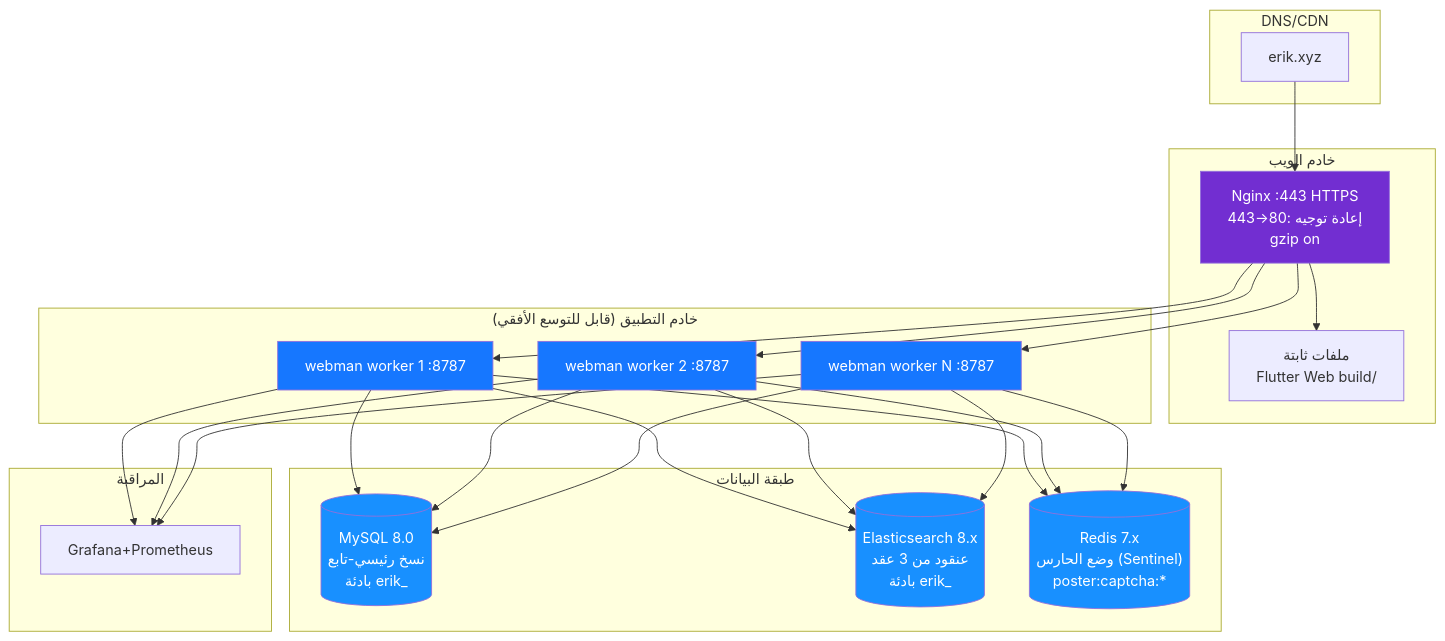
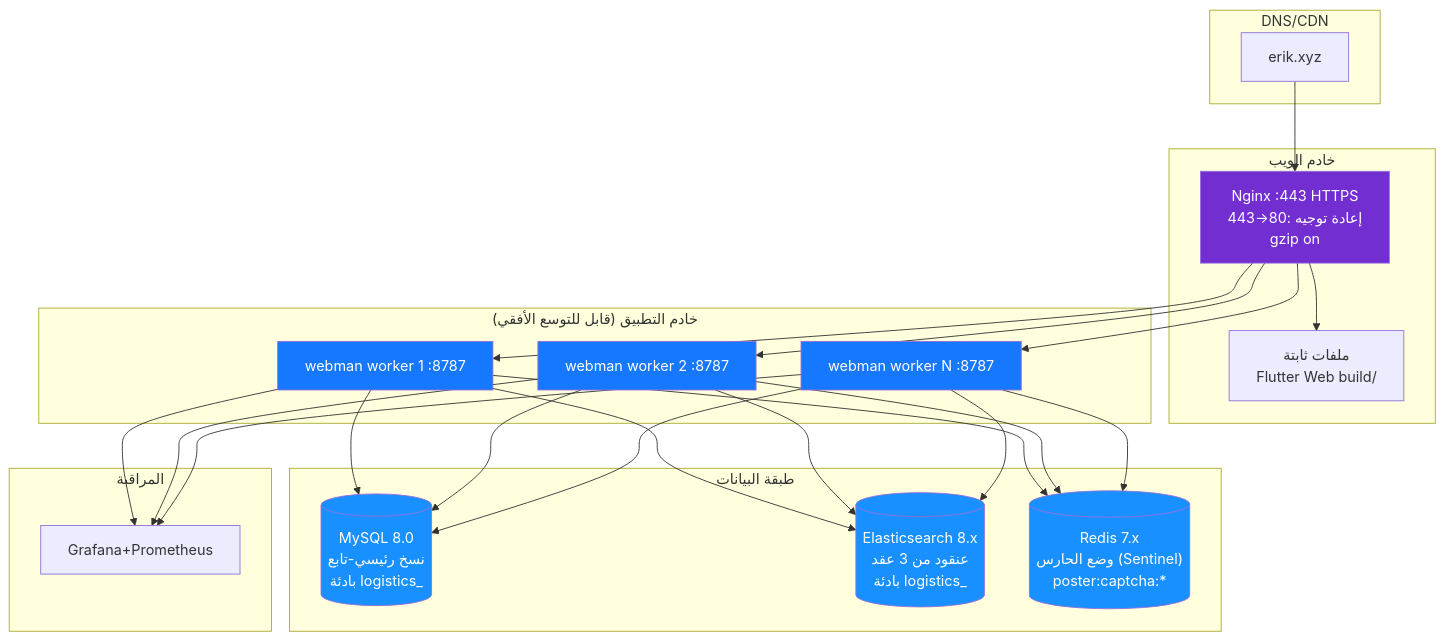
The diagram in admin/docs/diagrams/12-deployment.ar.md (erikwang2013/integrated-global-logistics), drawn with Mermaid before and after one commit. The commit also changed 211 other files, not shown here.

````diff
--- a/admin/docs/diagrams/12-deployment.ar.md
+++ b/admin/docs/diagrams/12-deployment.ar.md
@@ -7,45 +7,45 @@
 ```mermaid
 flowchart TB
     subgraph dns["DNS/CDN"]
         domain["erik.xyz"]
     end
 
     subgraph web["خادم الويب"]
         nginx["Nginx :443 HTTPS<br/>إعادة توجيه :80→443<br/>gzip on"]
         static["ملفات ثابتة<br/>Flutter Web build/"]
     end
 
     subgraph app["خادم التطبيق (قابل للتوسع الأفقي)"]
         wm1["webman worker 1 :8787"]
         wm2["webman worker 2 :8787"]
         wm3["webman worker N :8787"]
     end
 
     subgraph data["طبقة البيانات"]
-        mysql[("MySQL 8.0<br/>نسخ رئيسي-تابع<br/>بادئة erik_")]
-        es[("Elasticsearch 8.x<br/>عنقود من 3 عقد<br/>بادئة erik_")]
+        mysql[("MySQL 8.0<br/>نسخ رئيسي-تابع<br/>بادئة logistics_")]
+        es[("Elasticsearch 8.x<br/>عنقود من 3 عقد<br/>بادئة logistics_")]
         redis[("Redis 7.x<br/>وضع الحارس (Sentinel)<br/>poster:captcha:*")]
     end
 
     subgraph monitor["المراقبة"]
         grafana["Grafana+Prometheus"]
     end
 
     domain --> nginx
     nginx --> static
     nginx --> wm1
     nginx --> wm2
     nginx --> wm3
     wm1 & wm2 & wm3 --> mysql
     wm1 & wm2 & wm3 --> es
     wm1 & wm2 & wm3 --> redis
     wm1 & wm2 & wm3 --> grafana
 
     style nginx fill:#722ED1,color:#fff
     style wm1 fill:#1677FF,color:#fff
     style wm2 fill:#1677FF,color:#fff
     style wm3 fill:#1677FF,color:#fff
     style mysql fill:#1890FF,color:#fff
     style es fill:#1890FF,color:#fff
     style redis fill:#1890FF,color:#fff
 ```
````
